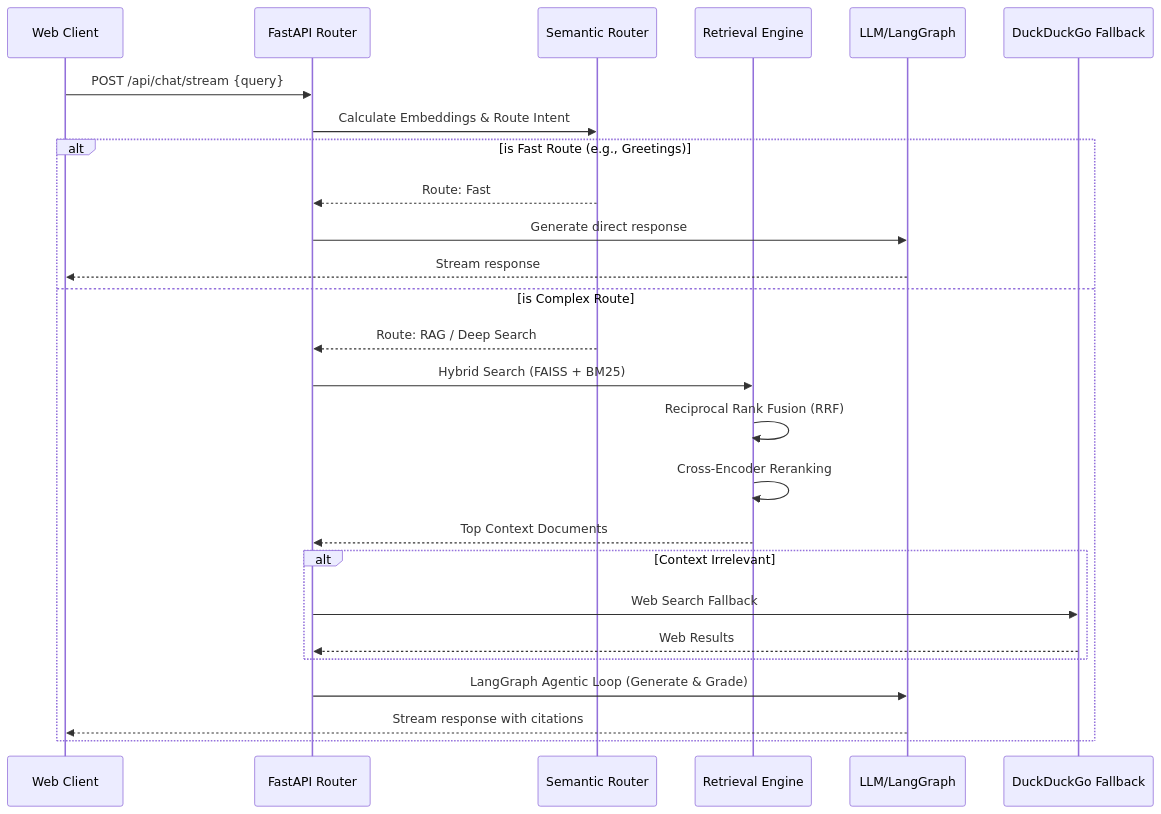
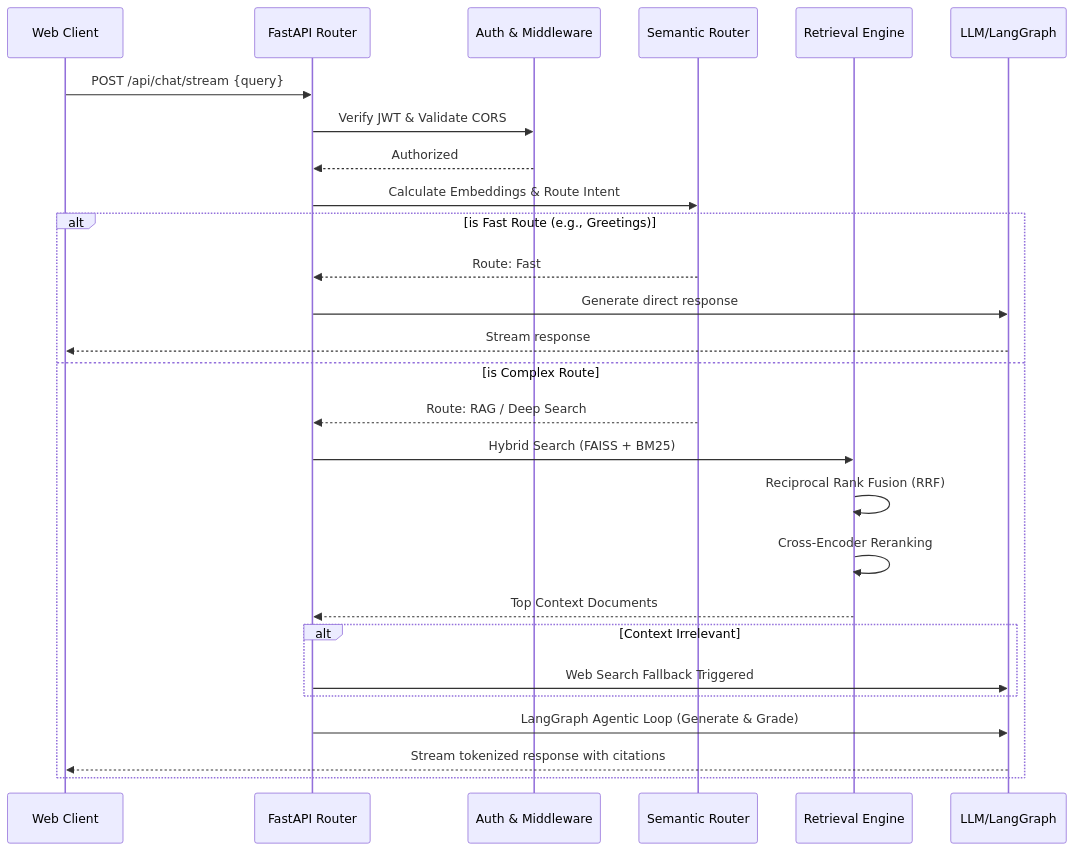
Before and after one commit to Sh1vaay/RAG: the second of 2 diagrams in README.md, drawn with Mermaid. The commit also changed other lines of this file and 6 other files, not shown here.

````diff
--- a/README.md
+++ b/README.md
@@ -113,32 +114,33 @@
 ```mermaid
 sequenceDiagram
     participant User as Web Client
     participant API as FastAPI Router
+    participant Auth as Auth & Middleware
     participant SR as Semantic Router
     participant RAG as Retrieval Engine
     participant LLM as LLM/LangGraph
-    participant DDG as DuckDuckGo Fallback
 
     User->>API: POST /api/chat/stream {query}
+    API->>Auth: Verify JWT & Validate CORS
+    Auth-->>API: Authorized
     API->>SR: Calculate Embeddings & Route Intent
     
     alt is Fast Route (e.g., Greetings)
         SR-->>API: Route: Fast
         API->>LLM: Generate direct response
         LLM-->>User: Stream response
     else is Complex Route
         SR-->>API: Route: RAG / Deep Search
         API->>RAG: Hybrid Search (FAISS + BM25)
         RAG->>RAG: Reciprocal Rank Fusion (RRF)
         RAG->>RAG: Cross-Encoder Reranking
         RAG-->>API: Top Context Documents
         
         alt Context Irrelevant
-            API->>DDG: Web Search Fallback
-            DDG-->>API: Web Results
+            API->>LLM: Web Search Fallback Triggered
         end
         
         API->>LLM: LangGraph Agentic Loop (Generate & Grade)
-        LLM-->>User: Stream response with citations
+        LLM-->>User: Stream tokenized response with citations
     end
 ```
````
